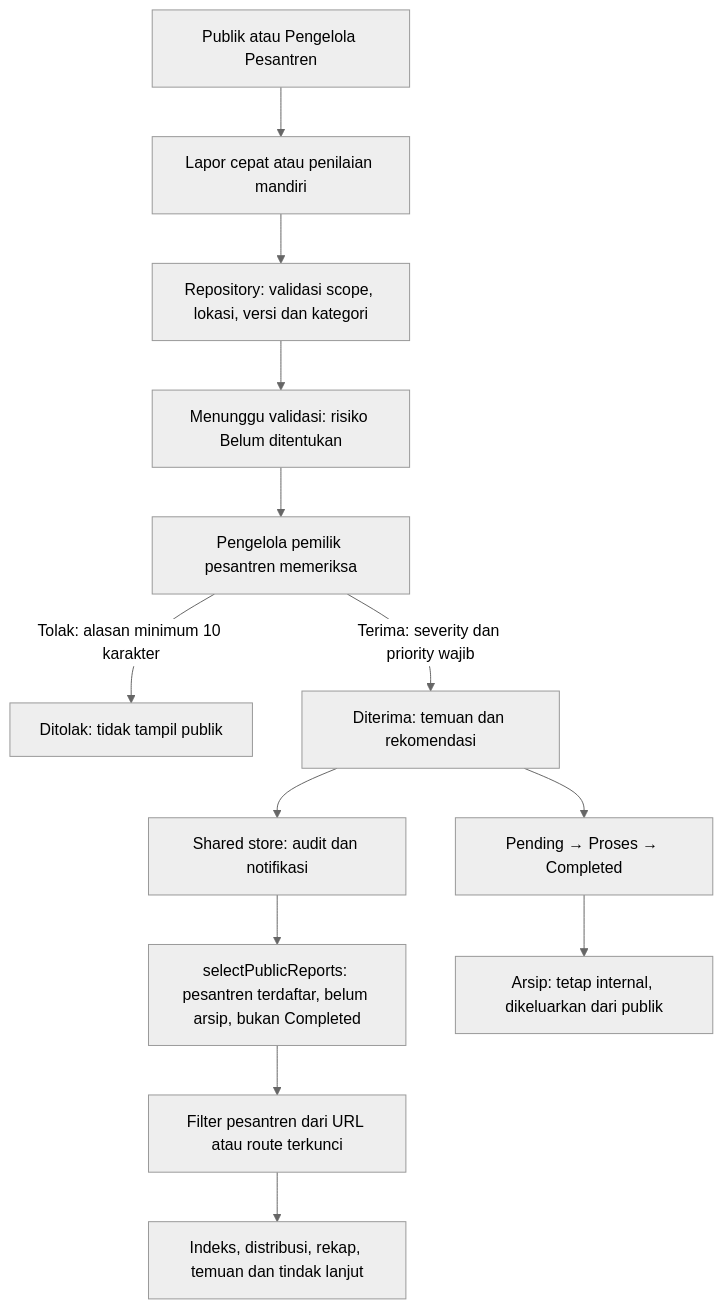
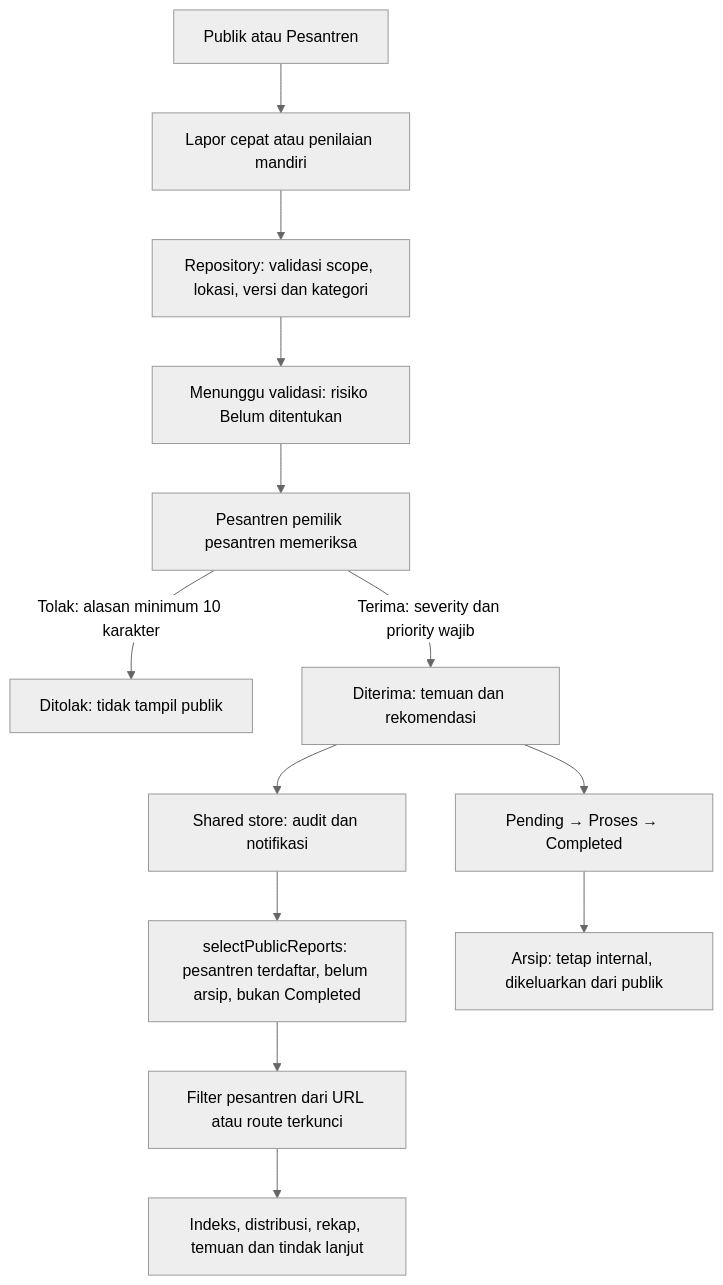
Before and after one commit to FarrelGhozy/ISHAS: the diagram in docs/DASHBOARD_DATA_FLOW.md, drawn with Mermaid (neutral theme). The commit also changed other lines of this file and 100 other files, not shown here.

First line of the commit message:
feat(peran): rename Peneliti jadi Validator dan Pengelola Pesantren jadi Pesantren

````diff
--- a/docs/DASHBOARD_DATA_FLOW.md
+++ b/docs/DASHBOARD_DATA_FLOW.md
@@ -9,15 +9,15 @@
 ```mermaid
 flowchart TD
-  A[Publik atau Pengelola Pesantren] --> B[Lapor cepat atau penilaian mandiri]
+  A[Publik atau Pesantren] --> B[Lapor cepat atau penilaian mandiri]
   B --> C[Repository: validasi scope, lokasi, versi dan kategori]
   C --> D[Menunggu validasi: risiko Belum ditentukan]
-  D --> E[Pengelola pemilik pesantren memeriksa]
+  D --> E[Pesantren pemilik pesantren memeriksa]
   E -->|Tolak: alasan minimum 10 karakter| F[Ditolak: tidak tampil publik]
   E -->|Terima: severity dan priority wajib| G[Diterima: temuan dan rekomendasi]
   G --> H[Shared store: audit dan notifikasi]
   H --> I[selectPublicReports: pesantren terdaftar, belum arsip, bukan Completed]
   I --> J[Filter pesantren dari URL atau route terkunci]
   J --> K[Indeks, distribusi, rekap, temuan dan tindak lanjut]
   G --> L[Pending → Proses → Completed]
   L --> M[Arsip: tetap internal, dikeluarkan dari publik]
 ```
````
